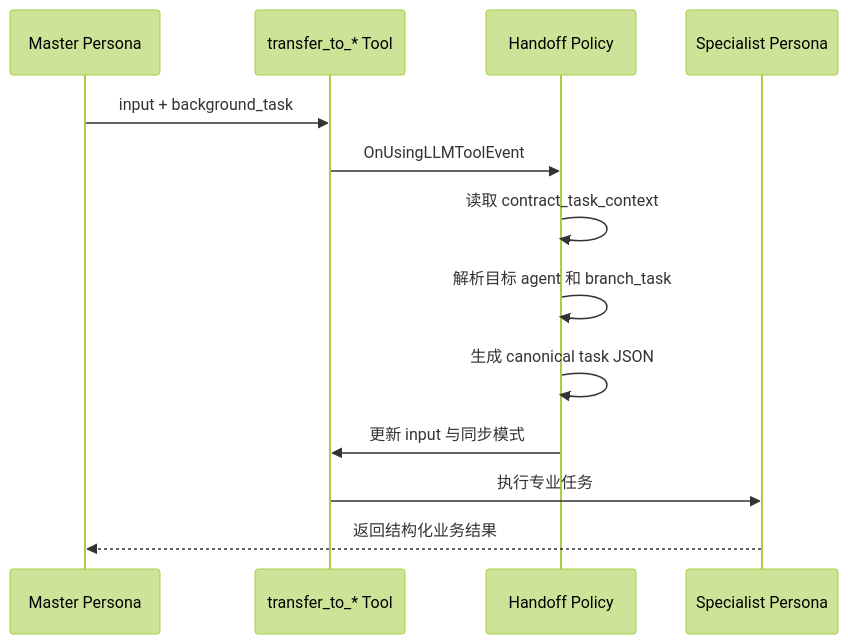
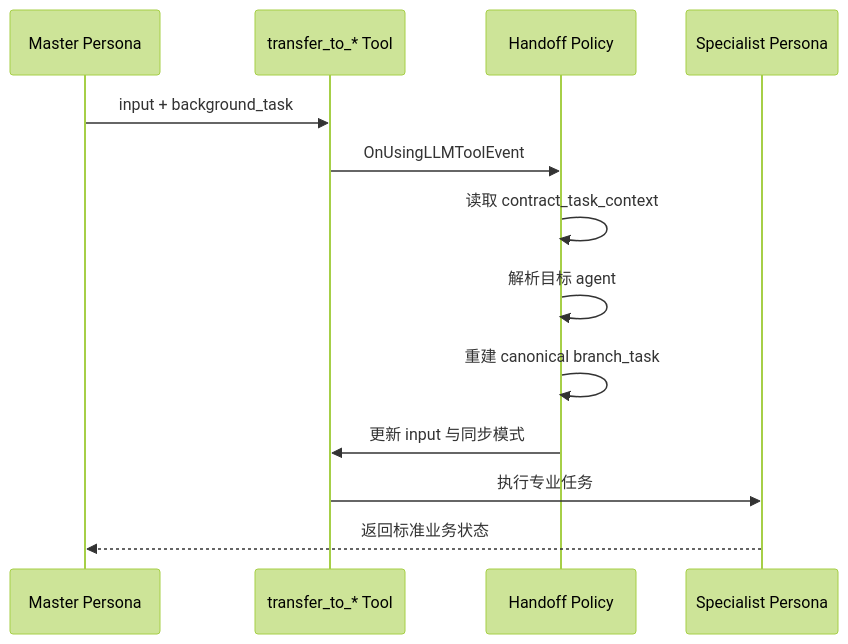
One commit to Ri0n72Y/ContractBotConfig changed the second of 2 diagrams in plugins/astrbot_plugin_contract_handoff_policy/README.md. Above: the diagram before and after it, drawn with Mermaid (forest theme). The commit also changed other lines of this file, not shown here.

````diff
--- a/plugins/astrbot_plugin_contract_handoff_policy/README.md
+++ b/plugins/astrbot_plugin_contract_handoff_policy/README.md
@@ -46,16 +84,16 @@
 ```mermaid
 sequenceDiagram
     participant M as Master Persona
     participant T as transfer_to_* Tool
     participant P as Handoff Policy
     participant S as Specialist Persona
 
     M->>T: input + background_task
     T->>P: OnUsingLLMToolEvent
     P->>P: 读取 contract_task_context
-    P->>P: 解析目标 agent 和 branch_task
-    P->>P: 生成 canonical task JSON
+    P->>P: 解析目标 agent
+    P->>P: 重建 canonical branch_task
     P->>T: 更新 input 与同步模式
     T->>S: 执行专业任务
-    S-->>M: 返回结构化业务结果
+    S-->>M: 返回标准业务状态
 ```
````
